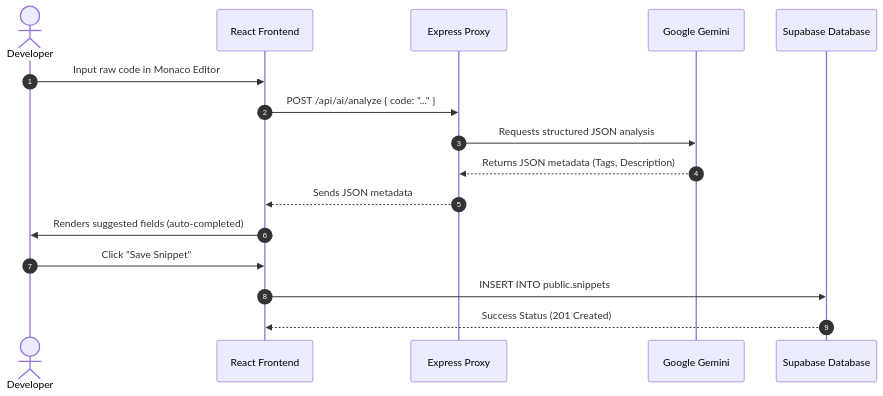
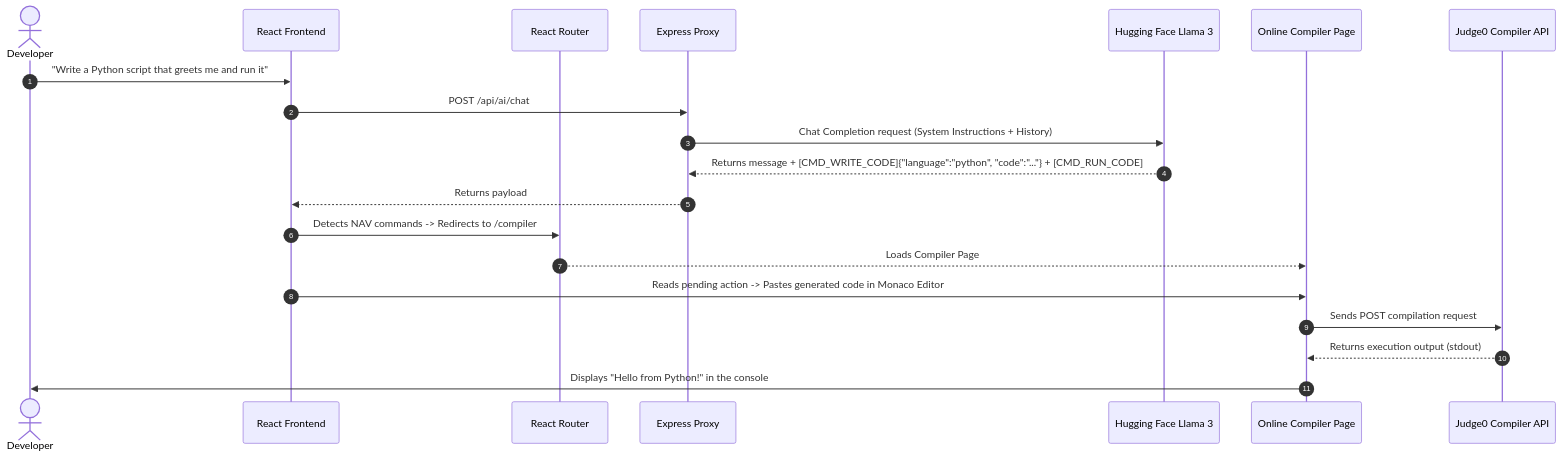
The second of 2 diagrams in README.md (jaggureddy11/Code-Vault), drawn with Mermaid before and after one commit. The commit also changed other lines of this file, not shown here.

Commit message:
docs: expand README to document compiler integrations, chatbot control logic, and sequence workflows

````diff
--- a/README.md
+++ b/README.md
@@ -109,19 +134,23 @@
 ```mermaid
 sequenceDiagram
   autonumber
   actor User as Developer
   participant Client as React Frontend
+  participant Router as React Router
   participant Backend as Express Proxy
-  participant Gemini as Google Gemini
-  participant DB as Supabase Database
+  participant HF as Hugging Face Llama 3
+  participant Compiler as Online Compiler Page
+  participant Judge0 as Judge0 Compiler API
 
-  User->>Client: Input raw code in Monaco Editor
-  Client->>Backend: POST /api/ai/analyze { code: "..." }
-  Backend->>Gemini: Requests structured JSON analysis
-  Gemini-->>Backend: Returns JSON metadata (Tags, Description)
-  Backend-->>Client: Sends JSON metadata
-  Client->>User: Renders suggested fields (auto-completed)
-  User->>Client: Click "Save Snippet"
-  Client->>DB: INSERT INTO public.snippets
-  DB-->>Client: Success Status (201 Created)
+  User->>Client: "Write a Python script that greets me and run it"
+  Client->>Backend: POST /api/ai/chat
+  Backend->>HF: Chat Completion request (System Instructions + History)
+  HF-->>Backend: Returns message + [CMD_WRITE_CODE]{"language":"python", "code":"..."} + [CMD_RUN_CODE]
+  Backend-->>Client: Returns payload
+  Client->>Router: Detects NAV commands -> Redirects to /compiler
+  Router-->>Compiler: Loads Compiler Page
+  Client->>Compiler: Reads pending action -> Pastes generated code in Monaco Editor
+  Compiler->>Judge0: Sends POST compilation request
+  Judge0-->>Compiler: Returns execution output (stdout)
+  Compiler->>User: Displays "Hello from Python!" in the console
 ```
````
